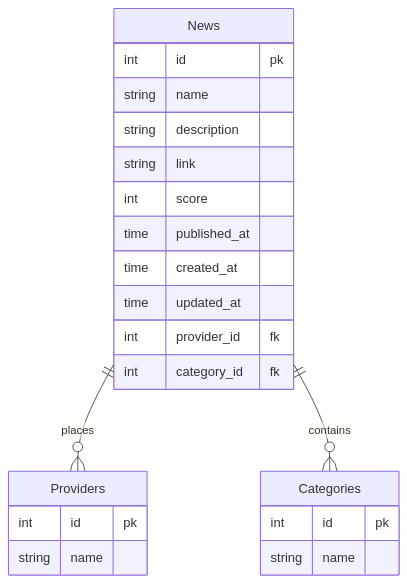
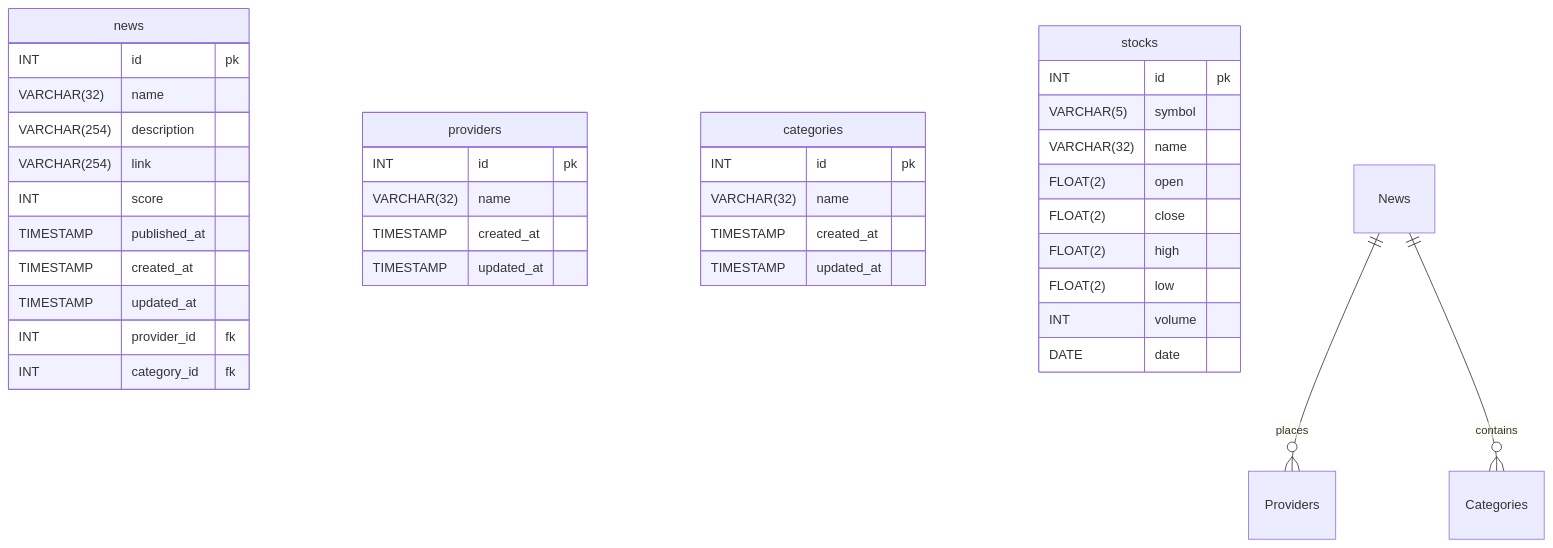
One commit to yoshihiro-shu/Financial-bot changed the diagram in docs/db_table.md. Above: the diagram before and after it, drawn with Mermaid. The commit also changed 2 other files, not shown here.

Commit message:
add: stocks table

````diff
--- a/docs/db_table.md
+++ b/docs/db_table.md
@@ -3,26 +3,41 @@
 ```mermaid
 erDiagram
-    News {
-        int id pk
-        string name
-        string description
-        string link
-        int score
-        time published_at
-        time created_at
-        time updated_at
-        int provider_id fk
-        int category_id fk
+    news {
+        INT id pk
+        VARCHAR(32) name
+        VARCHAR(254) description
+        VARCHAR(254) link
+        INT score
+        TIMESTAMP published_at
+        TIMESTAMP created_at
+        TIMESTAMP updated_at
+        INT provider_id fk
+        INT category_id fk
     }
-    Providers {
-        int id pk
-        string name
+    providers {
+        INT id pk
+        VARCHAR(32) name
+        TIMESTAMP created_at
+        TIMESTAMP updated_at
     }
-    Categories {
-        int id pk
-        string name
+    categories {
+        INT id pk
+        VARCHAR(32) name
+        TIMESTAMP created_at
+        TIMESTAMP updated_at
+    }
+    stocks {
+        INT id pk
+        VARCHAR(5) symbol
+        VARCHAR(32) name
+        FLOAT(2) open
+        FLOAT(2) close
+        FLOAT(2) high
+        FLOAT(2) low
+        INT volume
+        DATE date
     }
 
     News ||--o{ Providers : places
     News ||--o{Categories : contains
 ```
````
